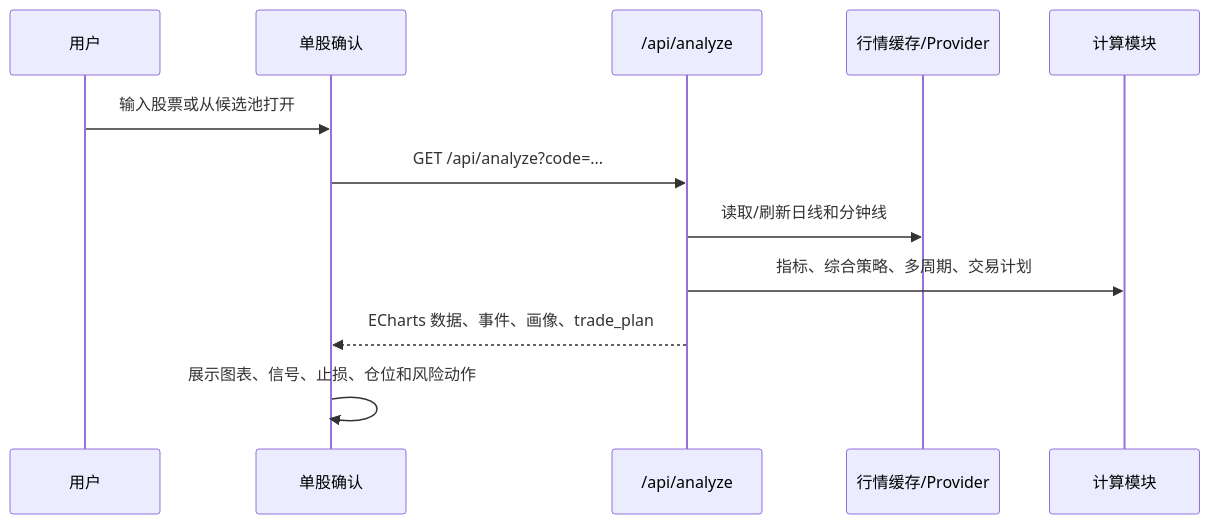
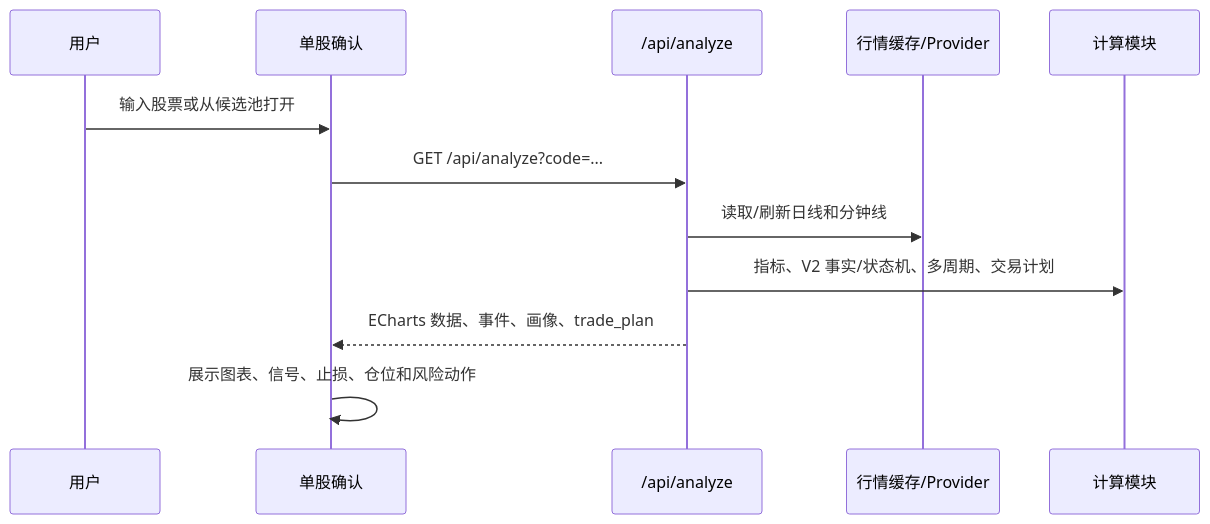
The third of 4 diagrams in docs/data-flow.md (moyla-dva/stock), drawn with Mermaid before and after one commit. The commit also changed other lines of this file and 196 other files, not shown here.

````diff
--- a/docs/data-flow.md
+++ b/docs/data-flow.md
@@ -137,15 +133,15 @@
 ```mermaid
 sequenceDiagram
     participant U as 用户
     participant UI as 单股确认
     participant API as /api/analyze
     participant H as 行情缓存/Provider
     participant C as 计算模块
 
     U->>UI: 输入股票或从候选池打开
     UI->>API: GET /api/analyze?code=...
     API->>H: 读取/刷新日线和分钟线
-    API->>C: 指标、综合策略、多周期、交易计划
+    API->>C: 指标、V2 事实/状态机、多周期、交易计划
     API-->>UI: ECharts 数据、事件、画像、trade_plan
     UI->>UI: 展示图表、信号、止损、仓位和风险动作
 ```
````
